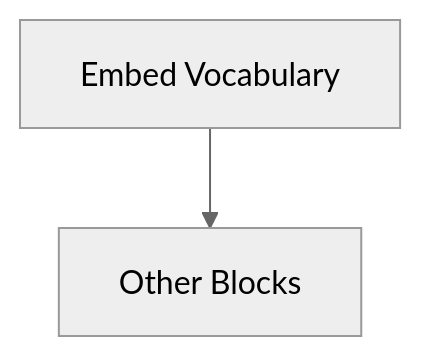
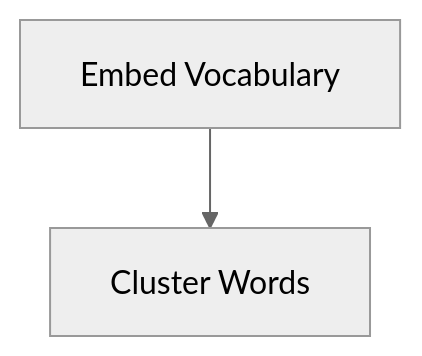
The diagram in README.md (nowemoore/learning_optimiser), drawn with Mermaid (neutral theme) before and after one commit.

Commit message:
Update flowchart in README.md to reflect clustering changes

````diff
--- a/README.md
+++ b/README.md
@@ -3,4 +3,4 @@
 ```mermaid
 flowchart TD;
-  Embeddings[Embed Vocabulary] --> Other[Other Blocks];
+  Embeddings[Embed Vocabulary] --> Cluster[Cluster Words];
 ```
````
